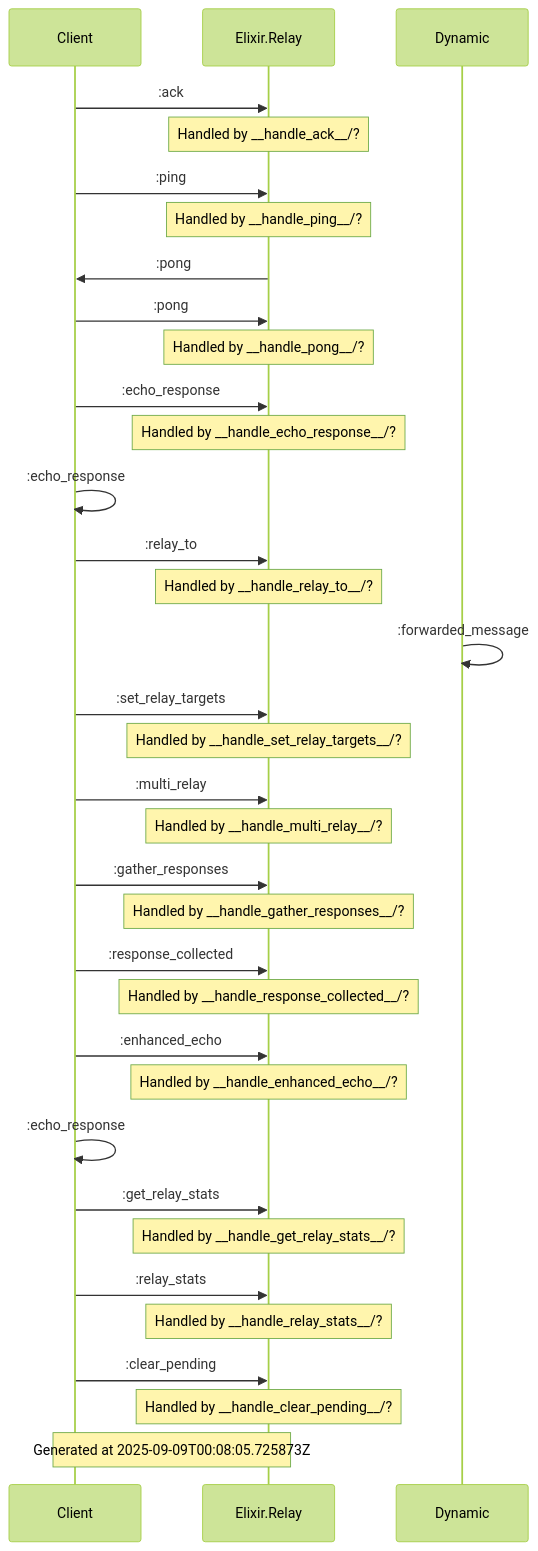
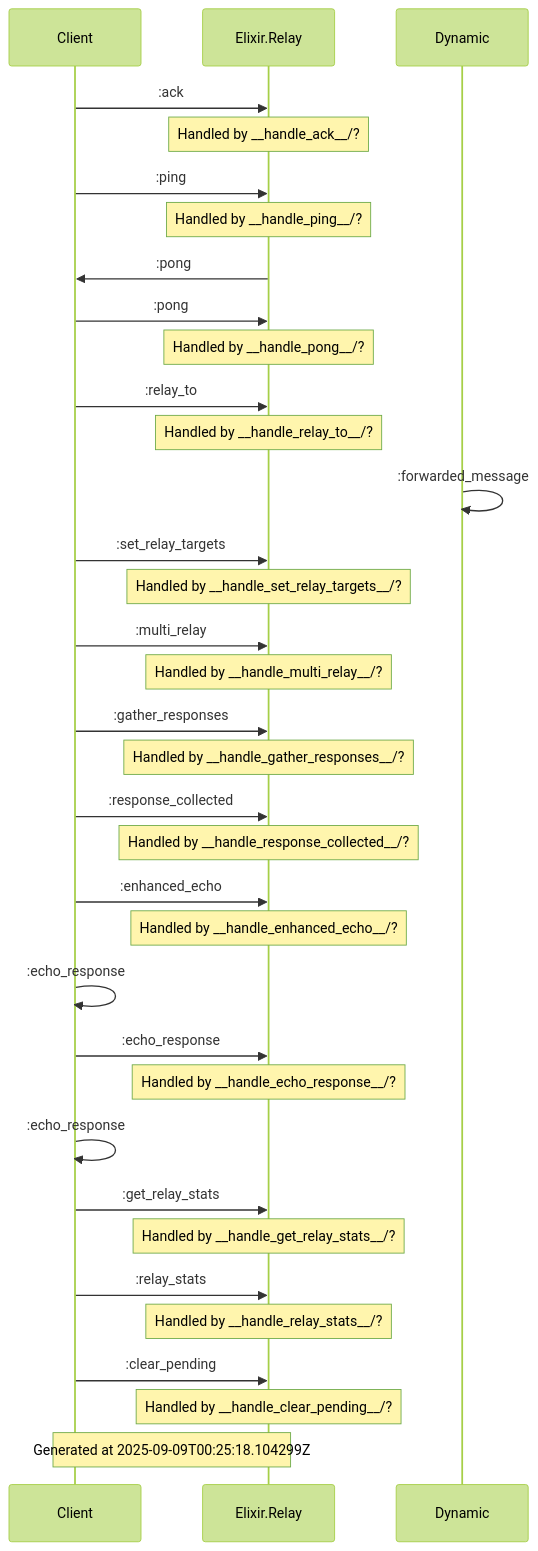
One commit to anoma/engine changed the diagram in docs/diagrams/Elixir.Relay.md. Above: the diagram before and after it, drawn with Mermaid (forest theme). The commit also changed other lines of this file and 27 other files, not shown here.

````diff
--- a/docs/diagrams/Elixir.Relay.md
+++ b/docs/diagrams/Elixir.Relay.md
@@ -5,38 +5,38 @@
 ```mermaid
 sequenceDiagram
     participant Client
     participant Elixir.Examples.RelayEngine as Elixir.Relay
     Client->>Elixir.Examples.RelayEngine: :ack
     Note over Elixir.Examples.RelayEngine: Handled by __handle_ack__/?
     Client->>Elixir.Examples.RelayEngine: :ping
     Note over Elixir.Examples.RelayEngine: Handled by __handle_ping__/?
     Elixir.Examples.RelayEngine->>Client: :pong
     Client->>Elixir.Examples.RelayEngine: :pong
     Note over Elixir.Examples.RelayEngine: Handled by __handle_pong__/?
-    Client->>Elixir.Examples.RelayEngine: :echo_response
-    Note over Elixir.Examples.RelayEngine: Handled by __handle_echo_response__/?
-    Client->>Client: :echo_response
     Client->>Elixir.Examples.RelayEngine: :relay_to
     Note over Elixir.Examples.RelayEngine: Handled by __handle_relay_to__/?
     Dynamic->>Dynamic: :forwarded_message
     Client->>Elixir.Examples.RelayEngine: :set_relay_targets
     Note over Elixir.Examples.RelayEngine: Handled by __handle_set_relay_targets__/?
     Client->>Elixir.Examples.RelayEngine: :multi_relay
     Note over Elixir.Examples.RelayEngine: Handled by __handle_multi_relay__/?
     Client->>Elixir.Examples.RelayEngine: :gather_responses
     Note over Elixir.Examples.RelayEngine: Handled by __handle_gather_responses__/?
     Client->>Elixir.Examples.RelayEngine: :response_collected
     Note over Elixir.Examples.RelayEngine: Handled by __handle_response_collected__/?
     Client->>Elixir.Examples.RelayEngine: :enhanced_echo
     Note over Elixir.Examples.RelayEngine: Handled by __handle_enhanced_echo__/?
     Client->>Client: :echo_response
+    Client->>Elixir.Examples.RelayEngine: :echo_response
+    Note over Elixir.Examples.RelayEngine: Handled by __handle_echo_response__/?
+    Client->>Client: :echo_response
     Client->>Elixir.Examples.RelayEngine: :get_relay_stats
     Note over Elixir.Examples.RelayEngine: Handled by __handle_get_relay_stats__/?
     Client->>Elixir.Examples.RelayEngine: :relay_stats
     Note over Elixir.Examples.RelayEngine: Handled by __handle_relay_stats__/?
     Client->>Elixir.Examples.RelayEngine: :clear_pending
     Note over Elixir.Examples.RelayEngine: Handled by __handle_clear_pending__/?
 
-Note over Client, Elixir.Examples.RelayEngine: Generated at 2025-09-09T00:08:05.725873Z
+Note over Client, Elixir.Examples.RelayEngine: Generated at 2025-09-09T00:25:18.104299Z
 
 ```
````
